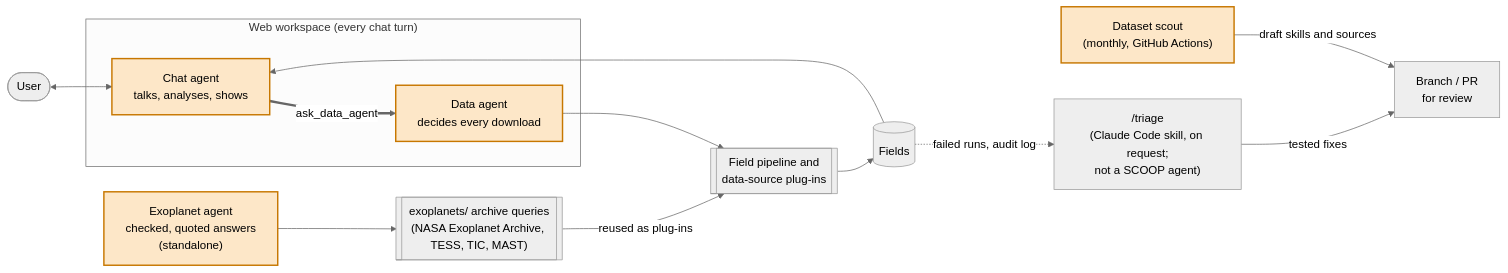
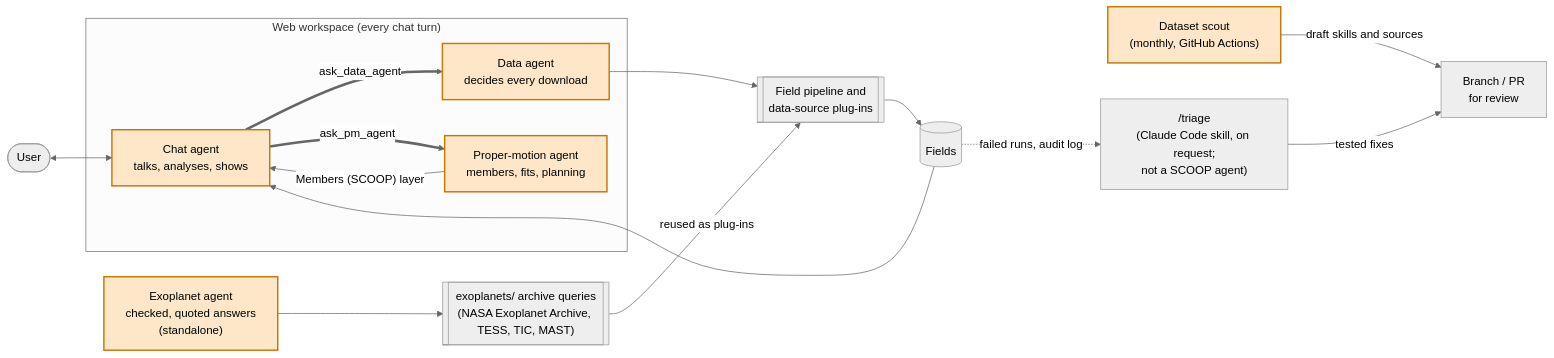
The first of 4 diagrams in README.md (KevinMcK95/scoop), drawn with Mermaid (neutral theme) before and after one commit. The commit also changed other lines of this file and 9 other files, not shown here.

First line of the commit message:
A proper-motion agent: member selection, fits and planning as a sub-agent

````diff
--- a/README.md
+++ b/README.md
@@ -347,17 +347,19 @@
 ```mermaid
 flowchart LR
     U(["User"]) <--> C
     subgraph WS["Web workspace (every chat turn)"]
         C["Chat agent<br/>talks, analyses, shows"] ==>|"ask_data_agent"| D["Data agent<br/>decides every download"]
+        C ==>|"ask_pm_agent"| P["Proper-motion agent<br/>members, fits, planning"]
     end
+    P -->|"Members (SCOOP) layer"| C
     D --> J[["Field pipeline and<br/>data-source plug-ins"]]
     J --> FS[("Fields")]
     FS --> C
     X["Exoplanet agent<br/>checked, quoted answers<br/>(standalone)"] --> EQ[["exoplanets/ archive queries<br/>(NASA Exoplanet Archive, TESS, TIC, MAST)"]]
     EQ -->|"reused as plug-ins"| J
     SC["Dataset scout<br/>(monthly, GitHub Actions)"] -->|"draft skills and sources"| PR["Branch / PR<br/>for review"]
     TR["/triage<br/>(Claude Code skill, on request;<br/>not a SCOOP agent)"] -->|"tested fixes"| PR
     FS -.->|"failed runs, audit log"| TR
     classDef agent fill:#fde7c8,stroke:#c77700,stroke-width:2px,color:#000
-    class C,D,X,SC agent
+    class C,D,P,X,SC agent
 ```
````
